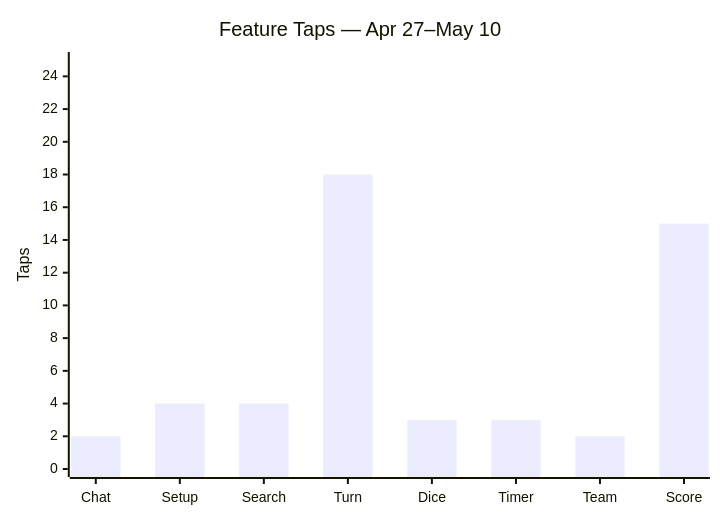
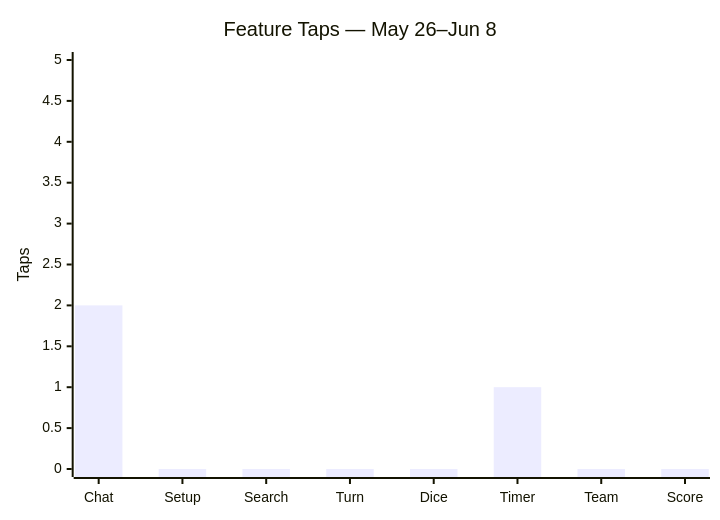
The third of 3 diagrams in docs/telemetry/usage_analytics.md (thrustCoder/gamer-uncle), drawn with Mermaid before and after one commit. The commit also changed other lines of this file and 47 other files, not shown here.

````diff
--- a/docs/telemetry/usage_analytics.md
+++ b/docs/telemetry/usage_analytics.md
@@ -152,7 +151,7 @@
 ```mermaid
 xychart-beta
-    title "Feature Taps — Apr 27–May 10"
+    title "Feature Taps — May 26–Jun 8"
     x-axis ["Chat", "Setup", "Search", "Turn", "Dice", "Timer", "Team", "Score"]
-    y-axis "Taps" 0 --> 25
-    bar [2, 4, 4, 18, 3, 3, 2, 15]
+    y-axis "Taps" 0 --> 5
+    bar [2, 0, 0, 0, 0, 1, 0, 0]
 ```
````
